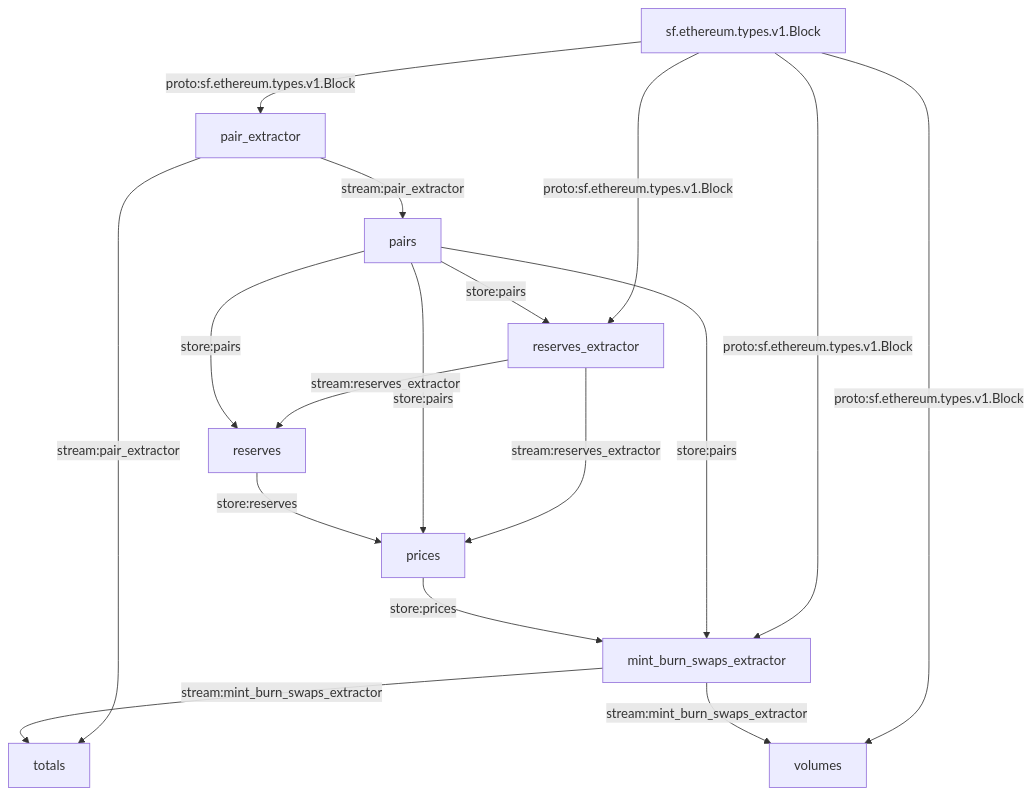
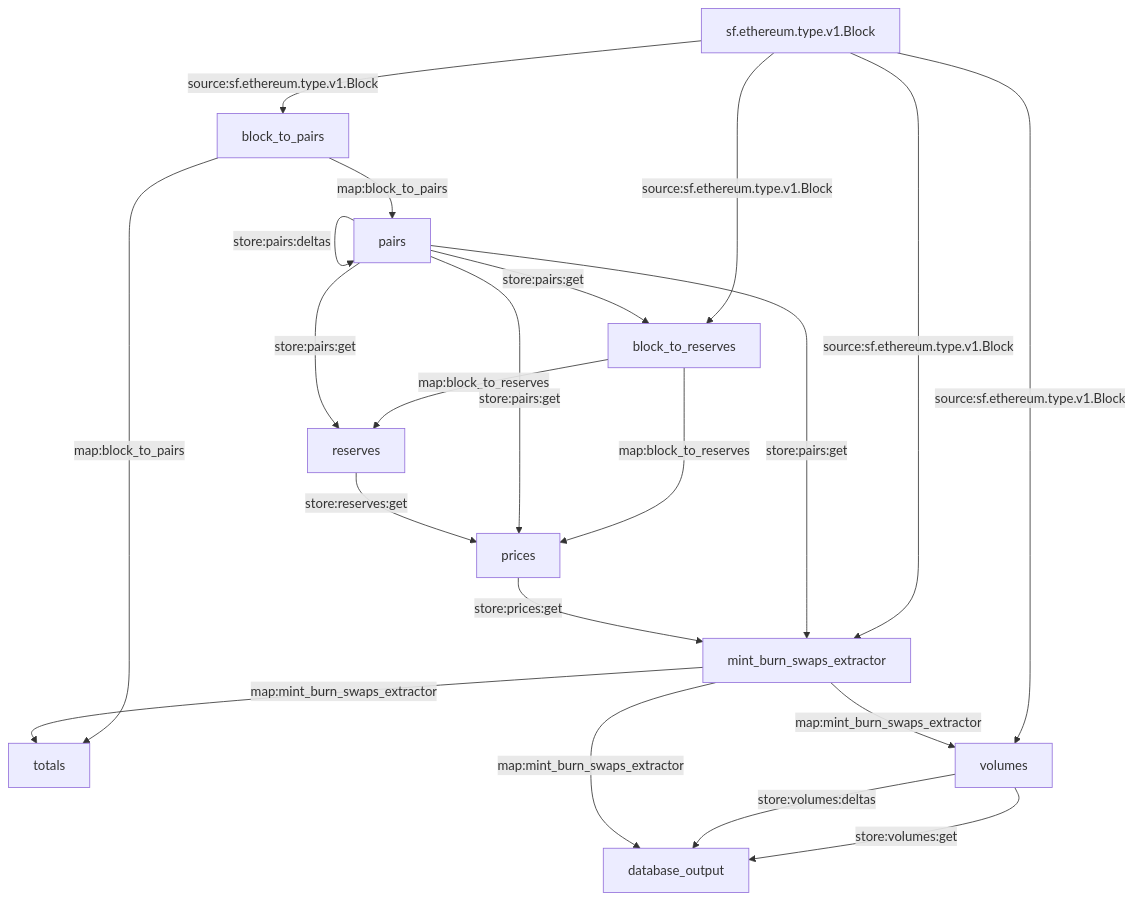
One commit to streamingfast/substreams-playground changed the first of 2 diagrams in README.md. Above: the diagram before and after it, drawn with Mermaid. The commit also changed other lines of this file and 3 other files, not shown here.

````diff
--- a/README.md
+++ b/README.md
@@ -59,19 +59,23 @@
 ```mermaid
 graph TD;
-  sf.ethereum.types.v1.Block -- "proto:sf.ethereum.types.v1.Block" --> pair_extractor
-  pair_extractor -- "stream:pair_extractor" --> pairs
-  sf.ethereum.types.v1.Block -- "proto:sf.ethereum.types.v1.Block" --> reserves_extractor
-  pairs -- "store:pairs" --> reserves_extractor
-  reserves_extractor -- "stream:reserves_extractor" --> reserves
-  pairs -- "store:pairs" --> reserves
-  reserves_extractor -- "stream:reserves_extractor" --> prices
-  pairs -- "store:pairs" --> prices
-  reserves -- "store:reserves" --> prices
-  sf.ethereum.types.v1.Block -- "proto:sf.ethereum.types.v1.Block" --> mint_burn_swaps_extractor
-  pairs -- "store:pairs" --> mint_burn_swaps_extractor
-  prices -- "store:prices" --> mint_burn_swaps_extractor
-  pair_extractor -- "stream:pair_extractor" --> totals
-  mint_burn_swaps_extractor -- "stream:mint_burn_swaps_extractor" --> totals
-  sf.ethereum.types.v1.Block -- "proto:sf.ethereum.types.v1.Block" --> volumes
-  mint_burn_swaps_extractor -- "stream:mint_burn_swaps_extractor" --> volumes
+  sf.ethereum.type.v1.Block -- "source:sf.ethereum.type.v1.Block" --> block_to_pairs
+  block_to_pairs -- "map:block_to_pairs" --> pairs
+  pairs -- "store:pairs:deltas" --> pairs
+  sf.ethereum.type.v1.Block -- "source:sf.ethereum.type.v1.Block" --> block_to_reserves
+  pairs -- "store:pairs:get" --> block_to_reserves
+  block_to_reserves -- "map:block_to_reserves" --> reserves
+  pairs -- "store:pairs:get" --> reserves
+  block_to_reserves -- "map:block_to_reserves" --> prices
+  pairs -- "store:pairs:get" --> prices
+  reserves -- "store:reserves:get" --> prices
+  sf.ethereum.type.v1.Block -- "source:sf.ethereum.type.v1.Block" --> mint_burn_swaps_extractor
+  pairs -- "store:pairs:get" --> mint_burn_swaps_extractor
+  prices -- "store:prices:get" --> mint_burn_swaps_extractor
+  block_to_pairs -- "map:block_to_pairs" --> totals
+  mint_burn_swaps_extractor -- "map:mint_burn_swaps_extractor" --> totals
+  sf.ethereum.type.v1.Block -- "source:sf.ethereum.type.v1.Block" --> volumes
+  mint_burn_swaps_extractor -- "map:mint_burn_swaps_extractor" --> volumes
+  volumes -- "store:volumes:get" --> database_output
+  volumes -- "store:volumes:deltas" --> database_output
+  mint_burn_swaps_extractor -- "map:mint_burn_swaps_extractor" --> database_output
 ```
````
